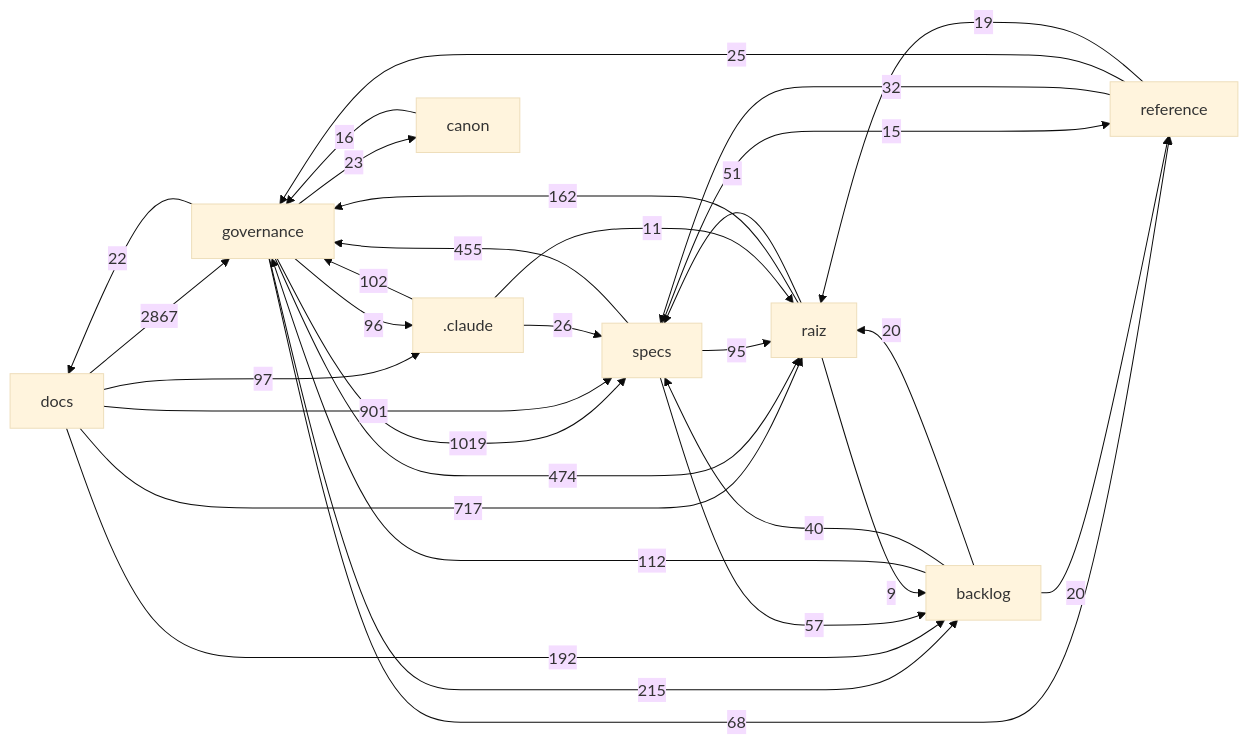
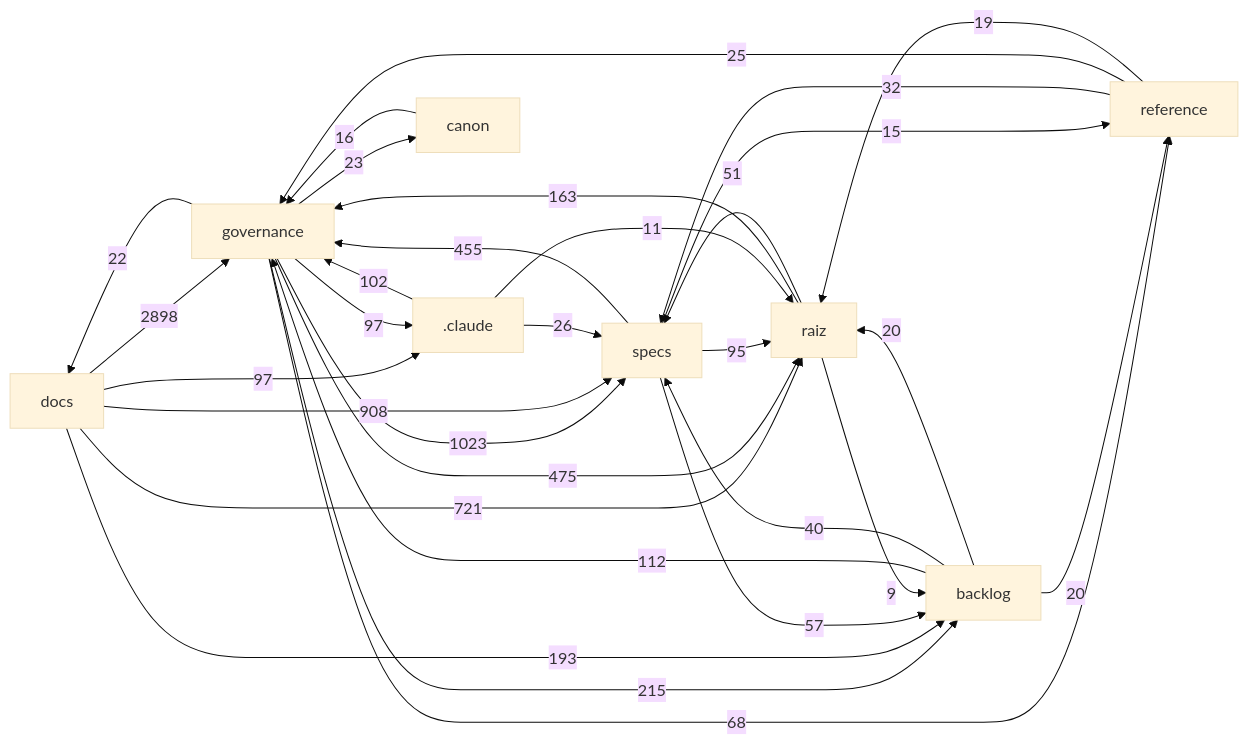
The diagram in docs/mapa/MAPA-PROJETO.md (Andraus35/Sistema-Operacional-de-Trading--SOT), drawn with Mermaid (base theme) before and after one commit. The commit also changed other lines of this file and 14 other files, not shown here.

````diff
--- a/docs/mapa/MAPA-PROJETO.md
+++ b/docs/mapa/MAPA-PROJETO.md
@@ -29,33 +29,33 @@
 ```mermaid
 flowchart LR
-  docs["docs"] -->|2867| governance["governance"]
-  governance["governance"] -->|1019| specs["specs"]
-  docs["docs"] -->|901| specs["specs"]
-  docs["docs"] -->|717| raiz["raiz"]
-  governance["governance"] -->|474| raiz["raiz"]
+  docs["docs"] -->|2898| governance["governance"]
+  governance["governance"] -->|1023| specs["specs"]
+  docs["docs"] -->|908| specs["specs"]
+  docs["docs"] -->|721| raiz["raiz"]
+  governance["governance"] -->|475| raiz["raiz"]
   specs["specs"] -->|455| governance["governance"]
   governance["governance"] -->|215| backlog["backlog"]
-  docs["docs"] -->|192| backlog["backlog"]
-  raiz["raiz"] -->|162| governance["governance"]
+  docs["docs"] -->|193| backlog["backlog"]
+  raiz["raiz"] -->|163| governance["governance"]
   backlog["backlog"] -->|112| governance["governance"]
   _claude[".claude"] -->|102| governance["governance"]
   docs["docs"] -->|97| _claude[".claude"]
-  governance["governance"] -->|96| _claude[".claude"]
+  governance["governance"] -->|97| _claude[".claude"]
   specs["specs"] -->|95| raiz["raiz"]
   governance["governance"] -->|68| reference["reference"]
   specs["specs"] -->|57| backlog["backlog"]
   raiz["raiz"] -->|51| specs["specs"]
   backlog["backlog"] -->|40| specs["specs"]
   reference["reference"] -->|32| specs["specs"]
   _claude[".claude"] -->|26| specs["specs"]
   reference["reference"] -->|25| governance["governance"]
   governance["governance"] -->|23| canon["canon"]
   governance["governance"] -->|22| docs["docs"]
   backlog["backlog"] -->|20| raiz["raiz"]
   backlog["backlog"] -->|20| reference["reference"]
   reference["reference"] -->|19| raiz["raiz"]
   canon["canon"] -->|16| governance["governance"]
   specs["specs"] -->|15| reference["reference"]
   _claude[".claude"] -->|11| raiz["raiz"]
   raiz["raiz"] -->|9| backlog["backlog"]
 ```
````
